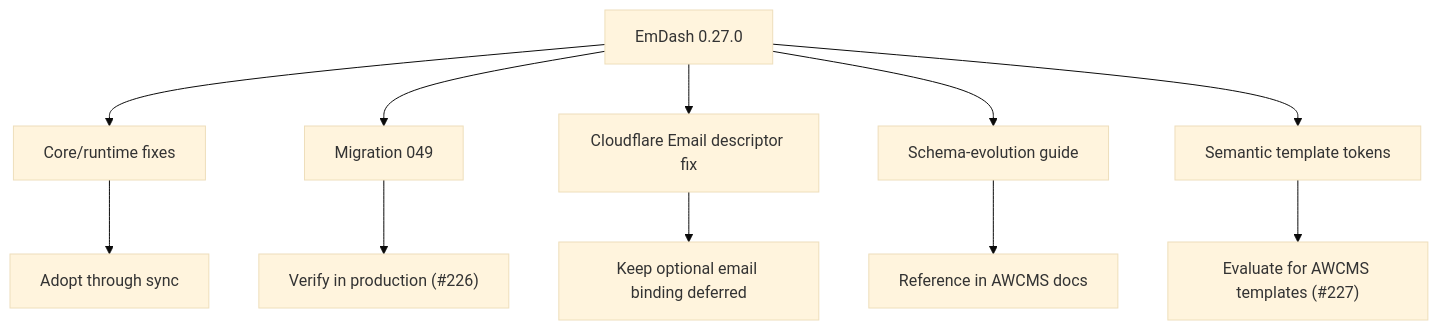
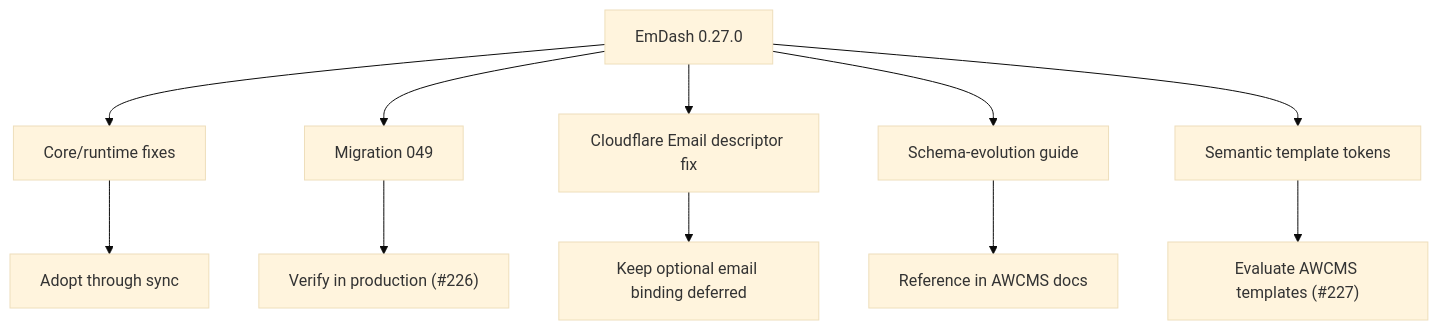
Before and after one commit to ahliweb/awcms-micro: the first of 2 diagrams in docs/upstream-sync/EMDASH_0_27_CLOUDFLARE_AND_TEMPLATE_DECISIONS.md, drawn with Mermaid (base theme). The commit also changed other lines of this file and 10 other files, not shown here.

````diff
--- a/docs/upstream-sync/EMDASH_0_27_CLOUDFLARE_AND_TEMPLATE_DECISIONS.md
+++ b/docs/upstream-sync/EMDASH_0_27_CLOUDFLARE_AND_TEMPLATE_DECISIONS.md
@@ -7,13 +7,13 @@
 ```mermaid
 flowchart TD
   Upstream["EmDash 0.27.0"] --> Core["Core/runtime fixes"]
   Upstream --> D1["Migration 049"]
   Upstream --> Cloudflare["Cloudflare Email descriptor fix"]
   Upstream --> Docs["Schema-evolution guide"]
   Upstream --> Templates["Semantic template tokens"]
   Core --> Adopt["Adopt through sync"]
   D1 --> Verify["Verify in production (#226)"]
   Cloudflare --> DeferEmail["Keep optional email binding deferred"]
   Docs --> Reference["Reference in AWCMS docs"]
-  Templates --> Review["Evaluate for AWCMS templates (#227)"]
+  Templates --> Review["Evaluate AWCMS templates (#227)"]
 ```
````
